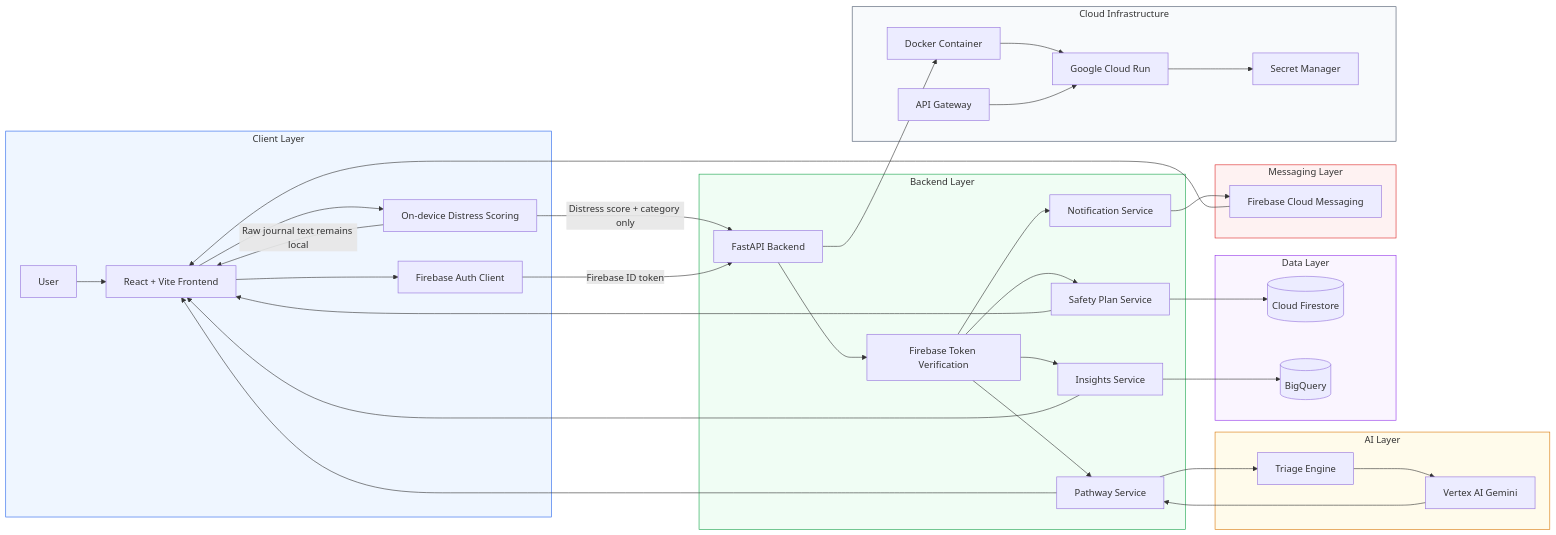
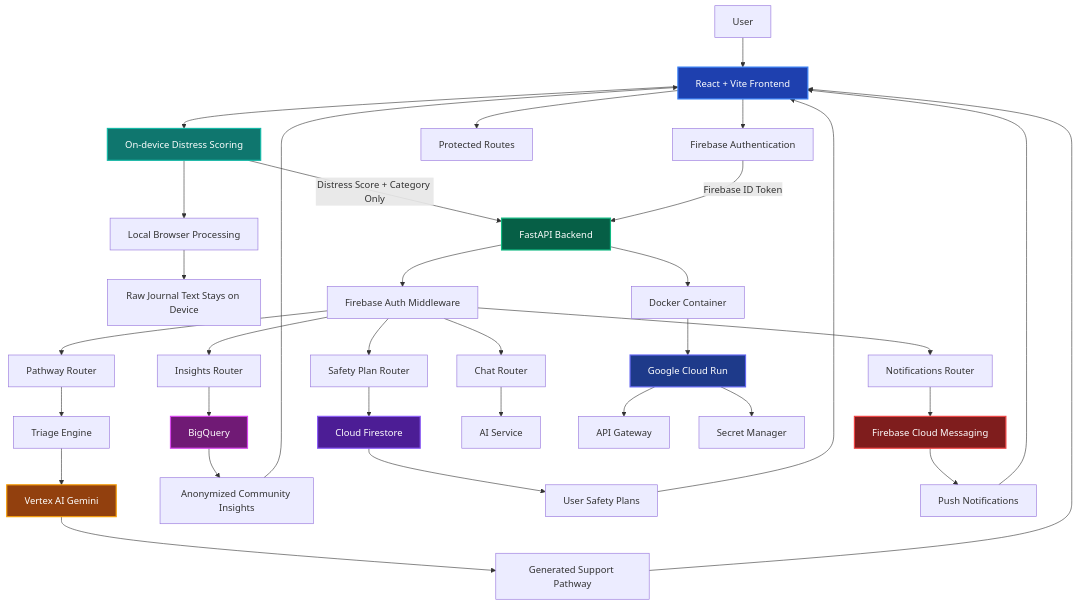
Before and after one commit to ayyappadasmt/MindBridge: the diagram in README.md, drawn with Mermaid. The commit also changed other lines of this file, not shown here.

````diff
--- a/README.md
+++ b/README.md
@@ -5,79 +71,55 @@
 ```mermaid
-flowchart LR
-    subgraph Client["Client Layer"]
-        USER[User]
-        UI[React + Vite Frontend]
-        EDGE[On-device Distress Scoring]
-        FB_AUTH[Firebase Auth Client]
-    end
+graph TB
+  USER[User] --> UI[React + Vite Frontend]
 
-    subgraph Backend["Backend Layer"]
-        API[FastAPI Backend]
-        AUTH_MW[Firebase Token Verification]
-        PATHWAY[Pathway Service]
-        SAFETY[Safety Plan Service]
-        NOTIFY[Notification Service]
-        INSIGHTS[Insights Service]
-    end
+  UI --> AUTH[Firebase Authentication]
+  UI --> EDGE[On-device Distress Scoring]
+  UI --> ROUTES[Protected Routes]
 
-    subgraph AI["AI Layer"]
-        TRIAGE[Triage Engine]
-        VERTEX[Vertex AI Gemini]
-    end
+  EDGE --> LOCAL[Local Browser Processing]
+  LOCAL --> PRIVACY[Raw Journal Text Stays on Device]
 
-    subgraph Data["Data Layer"]
-        FIRESTORE[(Cloud Firestore)]
-        BIGQUERY[(BigQuery)]
-    end
+  EDGE -->|Distress Score + Category Only| API[FastAPI Backend]
 
-    subgraph Messaging["Messaging Layer"]
-        FCM[Firebase Cloud Messaging]
-    end
+  AUTH -->|Firebase ID Token| API
 
-    subgraph Cloud["Cloud Infrastructure"]
-        DOCKER[Docker Container]
-        CLOUDRUN[Google Cloud Run]
-        APIGW[API Gateway]
-        SECRETS[Secret Manager]
-    end
+  API --> MIDDLEWARE[Firebase Auth Middleware]
 
-    USER --> UI
-    UI --> EDGE
-    UI --> FB_AUTH
+  MIDDLEWARE --> PATHWAY[Pathway Router]
+  MIDDLEWARE --> SAFETY[Safety Plan Router]
+  MIDDLEWARE --> NOTIFY[Notifications Router]
+  MIDDLEWARE --> INSIGHTS[Insights Router]
+  MIDDLEWARE --> CHAT[Chat Router]
 
-    EDGE -->|Raw journal text remains local| UI
-    EDGE -->|Distress score + category only| API
+  PATHWAY --> TRIAGE[Triage Engine]
+  TRIAGE --> VERTEX[Vertex AI Gemini]
+  VERTEX --> SUPPORT[Generated Support Pathway]
 
-    FB_AUTH -->|Firebase ID token| API
-    API --> AUTH_MW
+  SAFETY --> FIRESTORE[Cloud Firestore]
+  NOTIFY --> FCM[Firebase Cloud Messaging]
+  INSIGHTS --> BIGQUERY[BigQuery]
+  CHAT --> AI_SERVICE[AI Service]
 
-    AUTH_MW --> PATHWAY
-    AUTH_MW --> SAFETY
-    AUTH_MW --> NOTIFY
-    AUTH_MW --> INSIGHTS
+  BIGQUERY --> AGG[Anonymized Community Insights]
+  FIRESTORE --> PLAN[User Safety Plans]
+  FCM --> PUSH[Push Notifications]
 
-    PATHWAY --> TRIAGE
-    TRIAGE --> VERTEX
-    VERTEX --> PATHWAY
+  SUPPORT --> UI
+  AGG --> UI
+  PLAN --> UI
+  PUSH --> UI
 
-    SAFETY --> FIRESTORE
-    INSIGHTS --> BIGQUERY
-    NOTIFY --> FCM
+  API --> DOCKER[Docker Container]
+  DOCKER --> CLOUDRUN[Google Cloud Run]
+  CLOUDRUN --> APIGW[API Gateway]
+  CLOUDRUN --> SECRETS[Secret Manager]
 
-    PATHWAY --> UI
-    SAFETY --> UI
-    INSIGHTS --> UI
-    FCM --> UI
-
-    API --> DOCKER
-    DOCKER --> CLOUDRUN
-    APIGW --> CLOUDRUN
-    CLOUDRUN --> SECRETS
-
-    style Client fill:#eff6ff,stroke:#2563eb,stroke-width:1px
-    style Backend fill:#f0fdf4,stroke:#16a34a,stroke-width:1px
-    style AI fill:#fffbeb,stroke:#d97706,stroke-width:1px
-    style Data fill:#faf5ff,stroke:#9333ea,stroke-width:1px
-    style Messaging fill:#fef2f2,stroke:#dc2626,stroke-width:1px
-    style Cloud fill:#f8fafc,stroke:#475569,stroke-width:1px
+  style UI fill:#1e40af,stroke:#3b82f6,stroke-width:2px,color:#fff
+  style EDGE fill:#0f766e,stroke:#14b8a6,stroke-width:2px,color:#fff
+  style API fill:#065f46,stroke:#10b981,stroke-width:2px,color:#fff
+  style VERTEX fill:#92400e,stroke:#f59e0b,stroke-width:2px,color:#fff
+  style FIRESTORE fill:#4c1d95,stroke:#8b5cf6,stroke-width:2px,color:#fff
+  style BIGQUERY fill:#701a75,stroke:#d946ef,stroke-width:2px,color:#fff
+  style FCM fill:#7f1d1d,stroke:#ef4444,stroke-width:2px,color:#fff
+  style CLOUDRUN fill:#1e3a8a,stroke:#6366f1,stroke-width:2px,color:#fff
 ```
````
